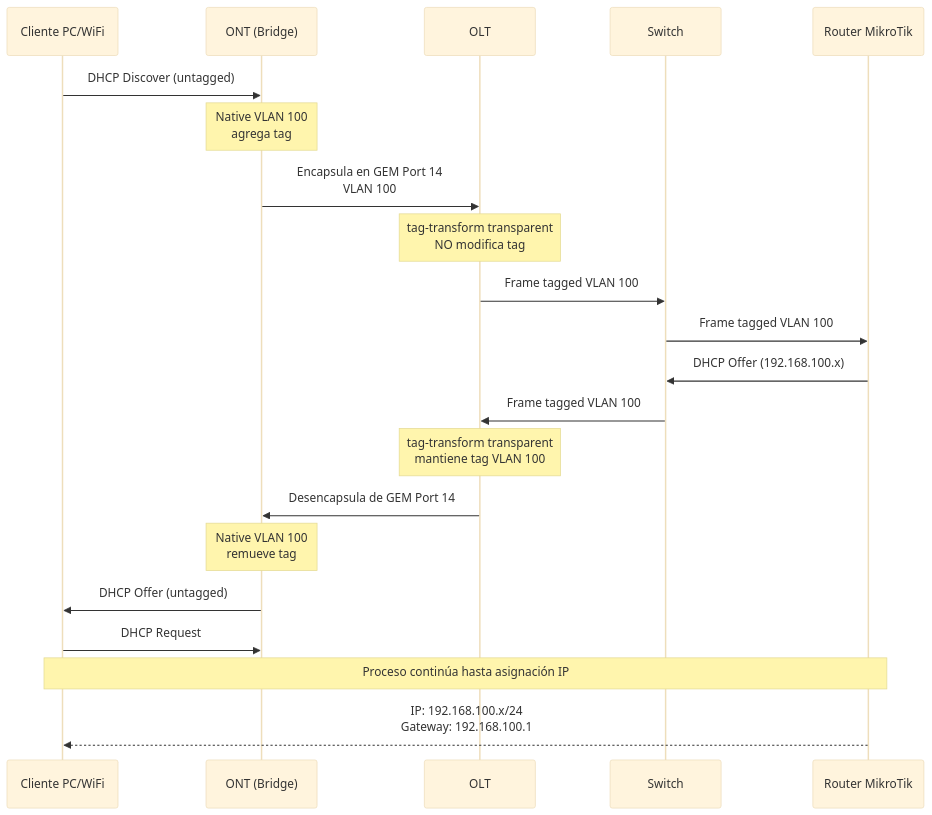
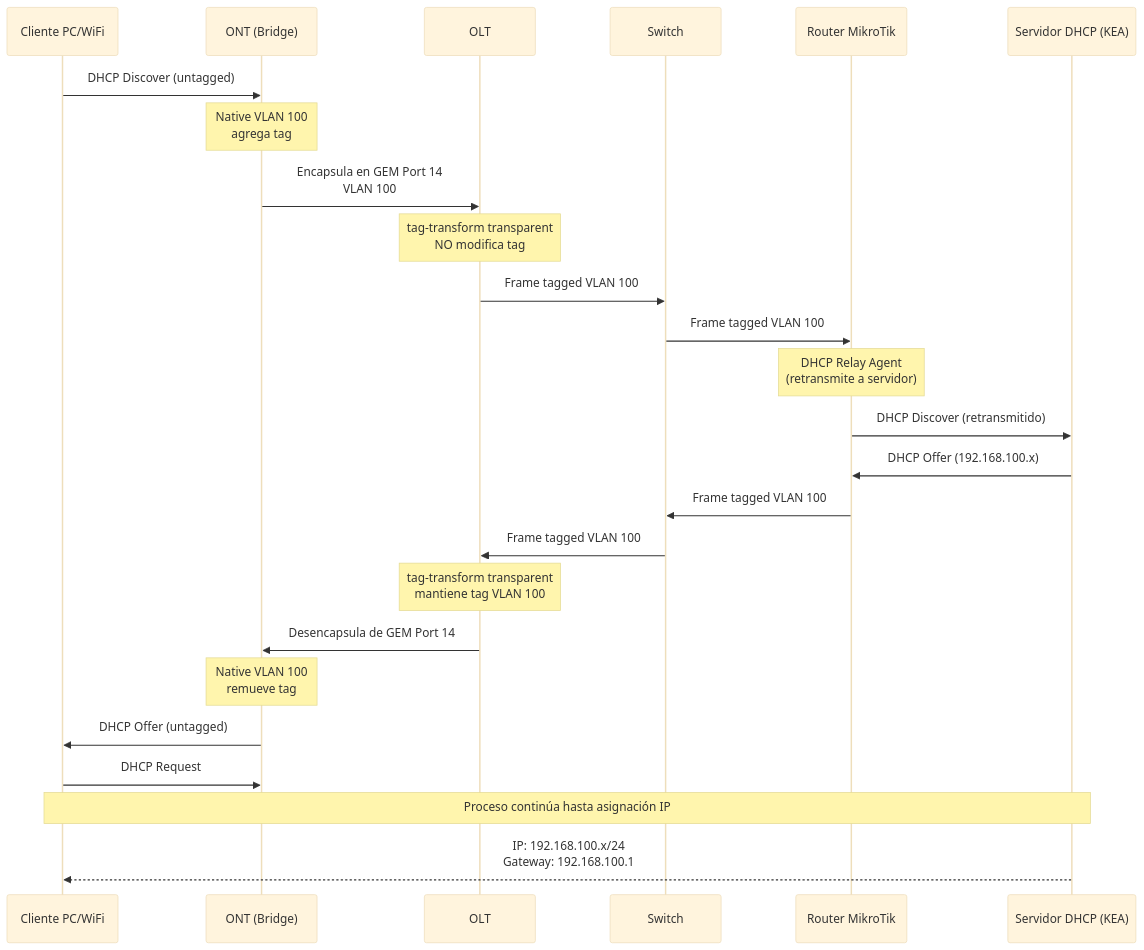
One commit to Melo088/ISP-Project changed the second of 2 diagrams in devices/olt/README.md. Above: the diagram before and after it, drawn with Mermaid (base theme). The commit also changed other lines of this file, not shown here.

Commit message:
Revise README for GPON network device configurations
Updated the README.md to include detailed configuration and architecture for GPON network devices, including OLT and ONT.

````diff
--- a/devices/olt/README.md
+++ b/devices/olt/README.md
@@ -297,24 +297,28 @@
 ```mermaid
 sequenceDiagram
     participant PC as Cliente PC/WiFi
     participant ONT as ONT (Bridge)
     participant OLT as OLT
     participant SW as Switch
     participant RTR as Router MikroTik
+    participant DHCP as Servidor DHCP (KEA)
 
     PC->>ONT: DHCP Discover (untagged)
     Note over ONT: Native VLAN 100<br/>agrega tag
     ONT->>OLT: Encapsula en GEM Port 14<br/>VLAN 100
     Note over OLT: tag-transform transparent<br/>NO modifica tag
     OLT->>SW: Frame tagged VLAN 100
     SW->>RTR: Frame tagged VLAN 100
-    RTR->>SW: DHCP Offer (192.168.100.x)
+    Note over RTR: DHCP Relay Agent<br/>(retransmite a servidor)
+    RTR->>DHCP: DHCP Discover (retransmitido)
+    DHCP->>RTR: DHCP Offer (192.168.100.x)
+    RTR->>SW: Frame tagged VLAN 100
     SW->>OLT: Frame tagged VLAN 100
     Note over OLT: tag-transform transparent<br/>mantiene tag VLAN 100
     OLT->>ONT: Desencapsula de GEM Port 14
     Note over ONT: Native VLAN 100<br/>remueve tag
     ONT->>PC: DHCP Offer (untagged)
     PC->>ONT: DHCP Request
-    Note over PC,RTR: Proceso continúa hasta asignación IP
-    RTR-->>PC: IP: 192.168.100.x/24<br/>Gateway: 192.168.100.1
+    Note over PC,DHCP: Proceso continúa hasta asignación IP
+    DHCP-->>PC: IP: 192.168.100.x/24<br/>Gateway: 192.168.100.1
 ```
````
